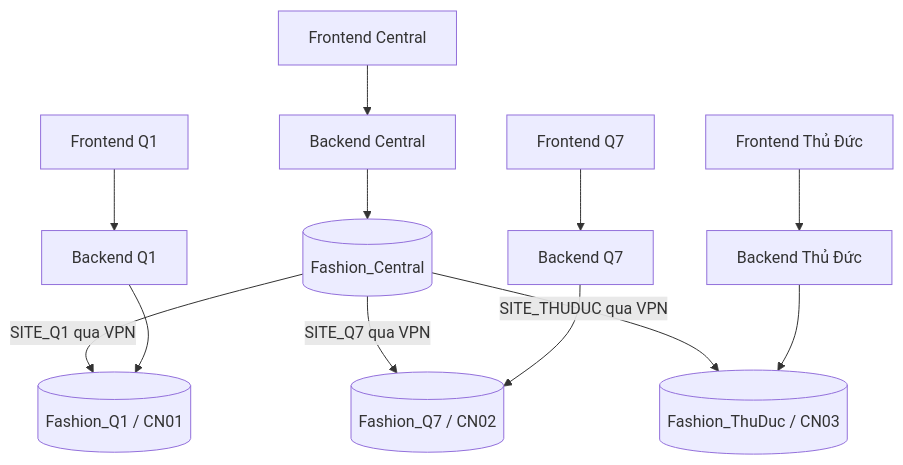
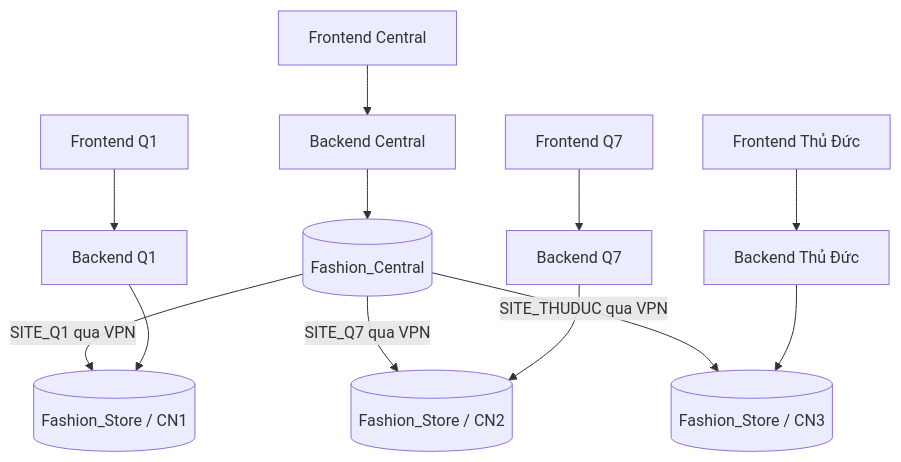
Before and after one commit to thaithanhquan-swe/fashion-store-distributed-system-: the diagram in docs/architecture.md, drawn with Mermaid. The commit also changed other lines of this file and 18 other files, not shown here.

````diff
--- a/docs/architecture.md
+++ b/docs/architecture.md
@@ -15,11 +15,11 @@
 ```mermaid
 flowchart TB
     Admin[Frontend Central] --> API[Backend Central]
     API --> C[(Fashion_Central)]
-    C -->|SITE_Q1 qua VPN| Q1[(Fashion_Q1 / CN01)]
-    C -->|SITE_Q7 qua VPN| Q7[(Fashion_Q7 / CN02)]
-    C -->|SITE_THUDUC qua VPN| TD[(Fashion_ThuDuc / CN03)]
+    C -->|SITE_Q1 qua VPN| Q1[(Fashion_Store / CN1)]
+    C -->|SITE_Q7 qua VPN| Q7[(Fashion_Store / CN2)]
+    C -->|SITE_THUDUC qua VPN| TD[(Fashion_Store / CN3)]
     F1[Frontend Q1] --> B1[Backend Q1] --> Q1
     F7[Frontend Q7] --> B7[Backend Q7] --> Q7
     FT[Frontend Thủ Đức] --> BT[Backend Thủ Đức] --> TD
 ```
````
